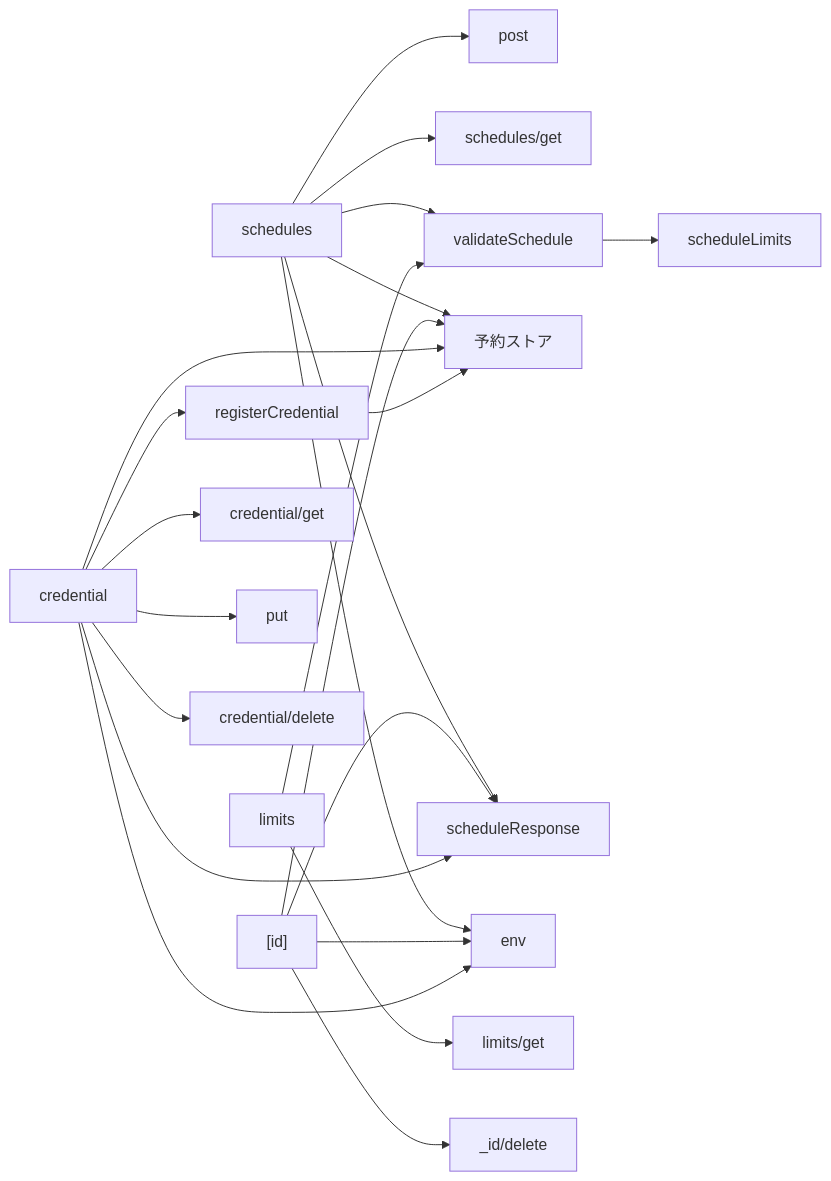
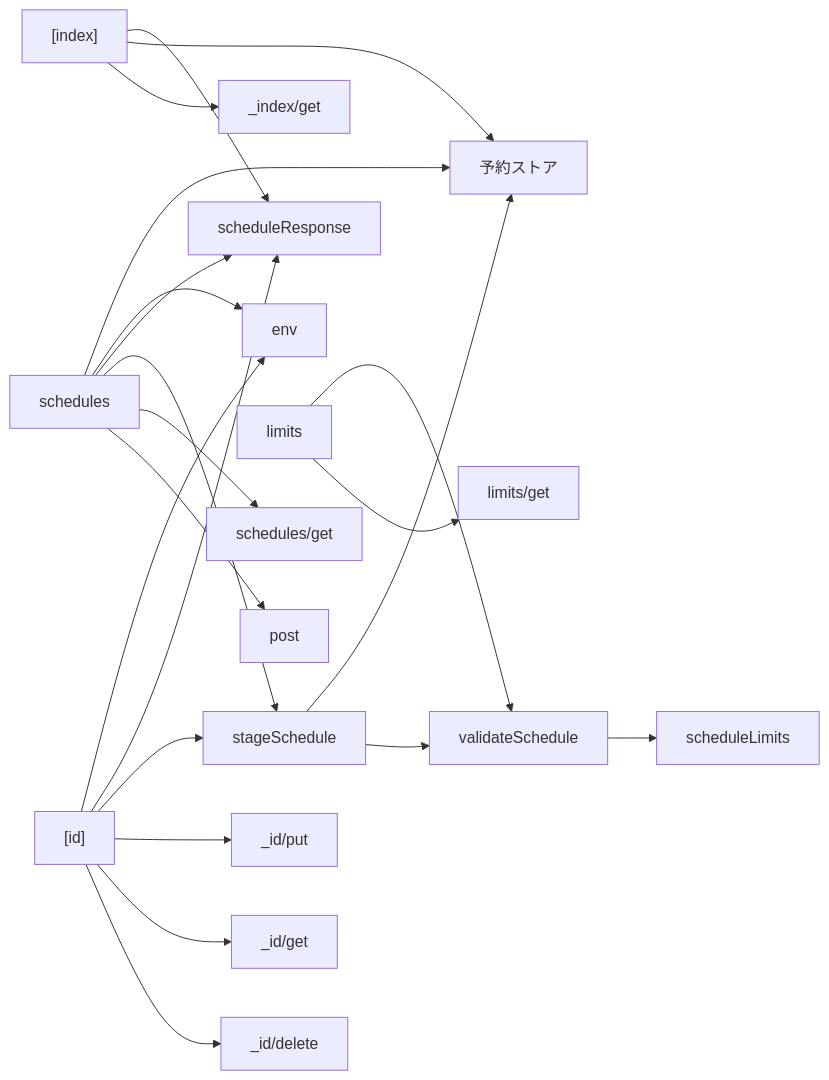
Before and after one commit to nekono-dev/skyshare: the first of 3 diagrams in specs/schedule-api/design.md, drawn with Mermaid. The commit also changed other lines of this file and 23 other files, not shown here.

````diff
--- a/specs/schedule-api/design.md
+++ b/specs/schedule-api/design.md
@@ -28,24 +33,23 @@
 ```mermaid
 flowchart LR
   schedules --> post
   schedules --> schedulesGet["schedules/get"]
-  schedules --> validateSchedule
-  schedules --> ext_store["予約ストア"]
+  schedules --> stageSchedule
   schedules --> scheduleResponse
   schedules --> env
+  stageSchedule --> validateSchedule
+  stageSchedule --> ext_store["予約ストア"]
+  schedules --> ext_store
   validateSchedule --> scheduleLimits
   limits --> limitsGet["limits/get"]
   limits --> validateSchedule
   id["[id]"] --> idDelete["_id/delete"]
-  id --> ext_store
+  id --> idGet["_id/get"]
+  id --> idPut["_id/put"]
+  id --> stageSchedule
   id --> scheduleResponse
   id --> env
-  credential --> credentialGet["credential/get"]
-  credential --> put
-  credential --> credentialDelete["credential/delete"]
-  credential --> registerCredential
-  credential --> ext_store
-  credential --> scheduleResponse
-  credential --> env
-  registerCredential --> ext_store
+  image["[index]"] --> imageGet["_index/get"]
+  image --> ext_store
+  image --> scheduleResponse
 ```
````
